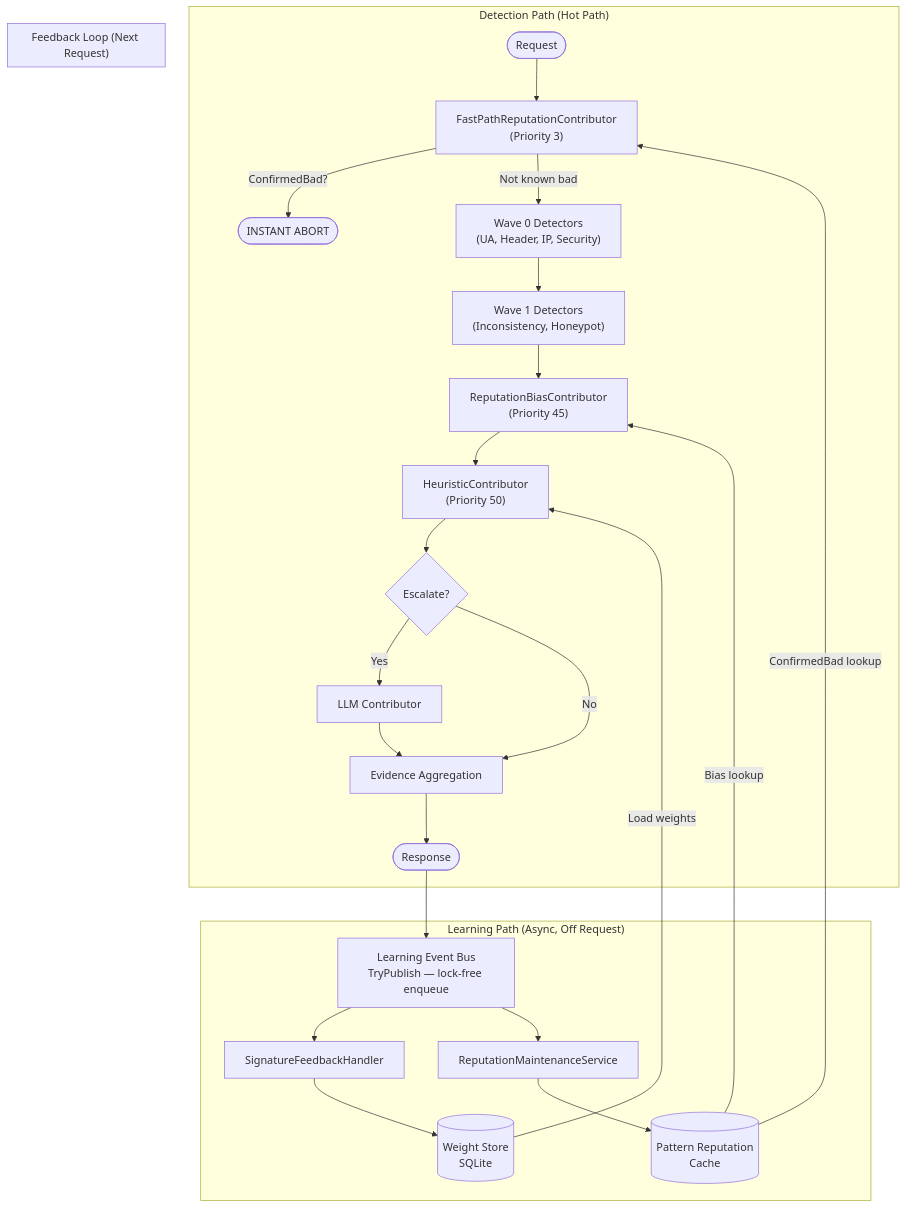
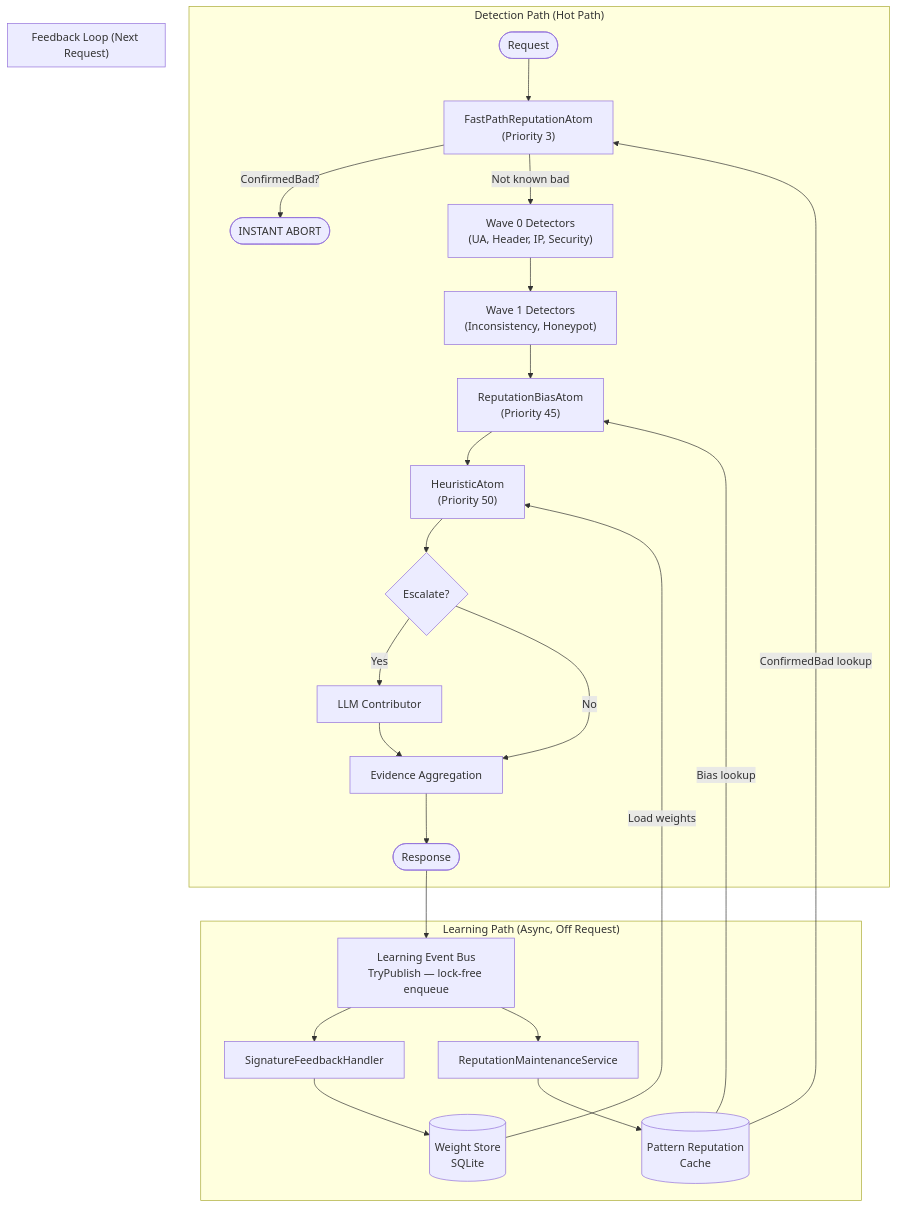
Before and after one commit to scottgal/stylobot: the first of 6 diagrams in src/Mostlylucid.BotDetection/docs/learning-and-reputation.md, drawn with Mermaid. The commit also changed other lines of this file and 53 other files, not shown here.

````diff
--- a/src/Mostlylucid.BotDetection/docs/learning-and-reputation.md
+++ b/src/Mostlylucid.BotDetection/docs/learning-and-reputation.md
@@ -18,30 +18,30 @@
 ```mermaid
 flowchart TB
     subgraph Detection["Detection Path (Hot Path)"]
-        Request([Request]) --> FastPath["FastPathReputationContributor<br/>(Priority 3)"]
+        Request([Request]) --> FastPath["FastPathReputationAtom<br/>(Priority 3)"]
         FastPath -->|ConfirmedBad?| Abort([INSTANT ABORT])
         FastPath -->|Not known bad| Wave0["Wave 0 Detectors<br/>(UA, Header, IP, Security)"]
         Wave0 --> Wave1["Wave 1 Detectors<br/>(Inconsistency, Honeypot)"]
-        Wave1 --> Bias["ReputationBiasContributor<br/>(Priority 45)"]
-        Bias --> Heuristic["HeuristicContributor<br/>(Priority 50)"]
+        Wave1 --> Bias["ReputationBiasAtom<br/>(Priority 45)"]
+        Bias --> Heuristic["HeuristicAtom<br/>(Priority 50)"]
         Heuristic --> AI{Escalate?}
         AI -->|Yes| LLM["LLM Contributor"]
         AI -->|No| Aggregate
         LLM --> Aggregate
         Aggregate[Evidence Aggregation] --> Response([Response])
     end
 
     subgraph Learning["Learning Path (Async, Off Request)"]
         Response --> Bus[Learning Event Bus<br/>TryPublish — lock-free enqueue]
         Bus --> SigHandler[SignatureFeedbackHandler]
         Bus --> RepHandler[ReputationMaintenanceService]
         SigHandler --> WeightStore[(Weight Store<br/>SQLite)]
         RepHandler --> RepCache[(Pattern Reputation<br/>Cache)]
     end
 
     subgraph FeedbackLoop["Feedback Loop (Next Request)"]
         WeightStore --> |Load weights| Heuristic
         RepCache --> |ConfirmedBad lookup| FastPath
         RepCache --> |Bias lookup| Bias
     end
 ```
````
